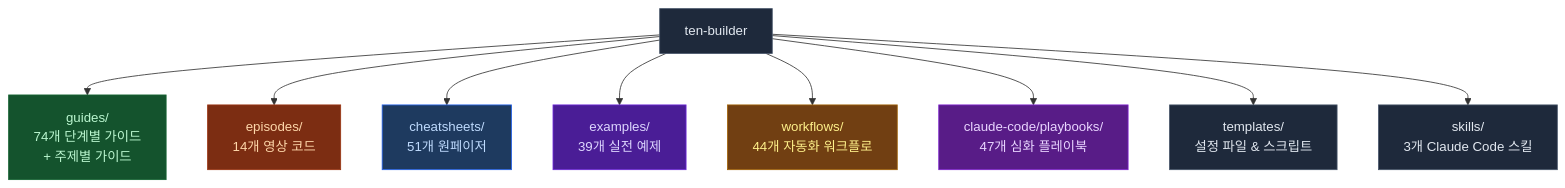
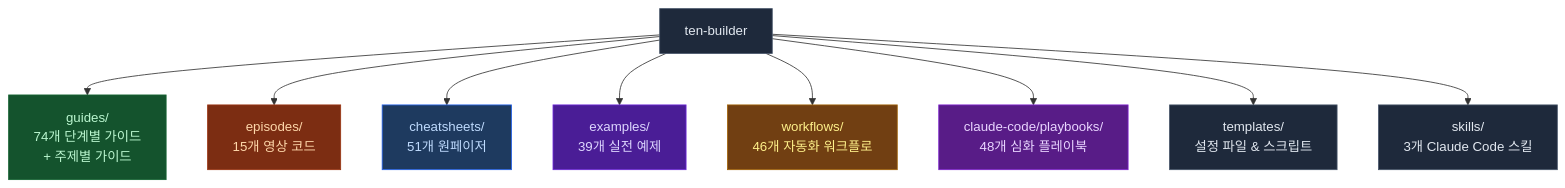
One commit to ten-builder/ten-builder changed the first of 2 diagrams in README.md. Above: the diagram before and after it, drawn with Mermaid. The commit also changed other lines of this file, not shown here.

Commit message:
docs: README sync -- add EP15, playbook 54, 2 workflows

````diff
--- a/README.md
+++ b/README.md
@@ -23,21 +23,21 @@
 ```mermaid
 flowchart TD
     R["ten-builder"] --> G["guides/\n74개 단계별 가이드\n+ 주제별 가이드"]
-    R --> E["episodes/\n14개 영상 코드"]
+    R --> E["episodes/\n15개 영상 코드"]
     R --> C["cheatsheets/\n51개 원페이저"]
     R --> EX["examples/\n39개 실전 예제"]
-    R --> W["workflows/\n44개 자동화 워크플로"]
-    R --> P["claude-code/playbooks/\n47개 심화 플레이북"]
+    R --> W["workflows/\n46개 자동화 워크플로"]
+    R --> P["claude-code/playbooks/\n48개 심화 플레이북"]
     R --> T["templates/\n설정 파일 & 스크립트"]
     R --> S["skills/\n3개 Claude Code 스킬"]
 
     style R fill:#1e293b,stroke:#475569,color:#e2e8f0
     style G fill:#14532d,stroke:#166534,color:#bbf7d0
     style E fill:#7c2d12,stroke:#9a3412,color:#fed7aa
     style C fill:#1e3a5f,stroke:#2563eb,color:#bfdbfe
     style EX fill:#4a1d96,stroke:#6d28d9,color:#ddd6fe
     style W fill:#713f12,stroke:#a16207,color:#fef08a
     style P fill:#581c87,stroke:#7e22ce,color:#e9d5ff
     style T fill:#1e293b,stroke:#475569,color:#e2e8f0
     style S fill:#1e293b,stroke:#475569,color:#e2e8f0
 ```
````
